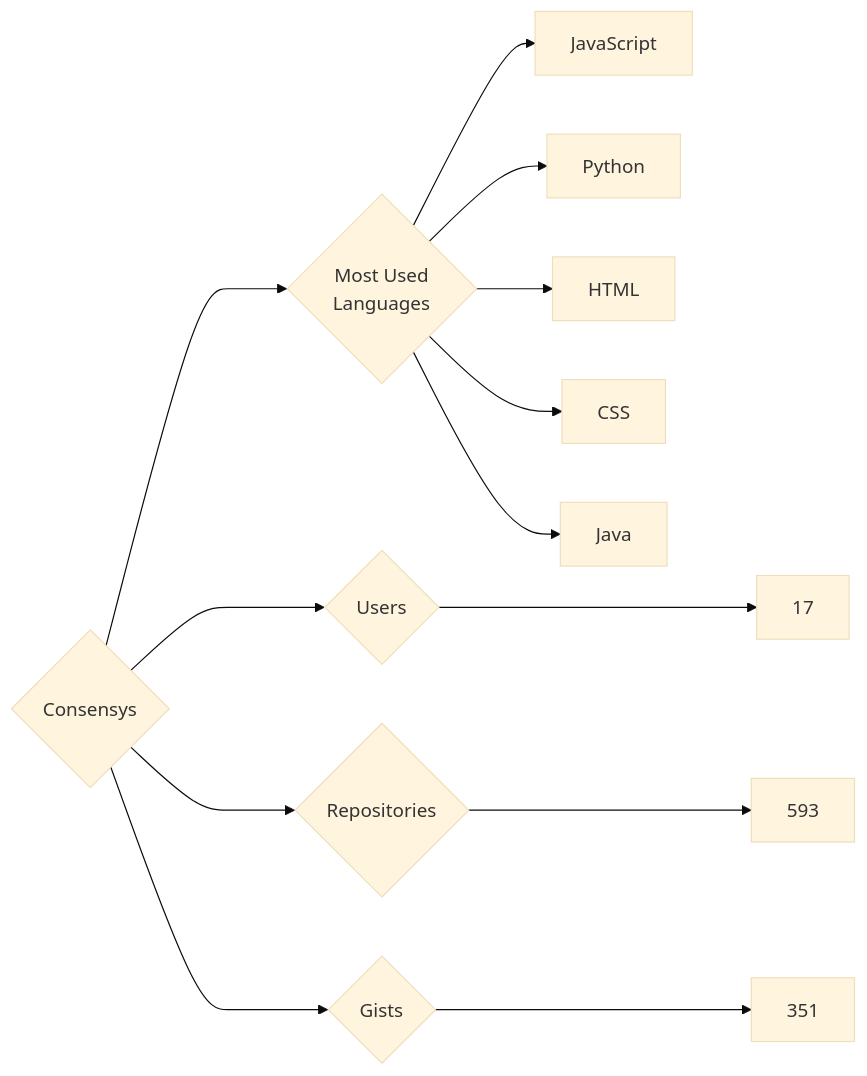
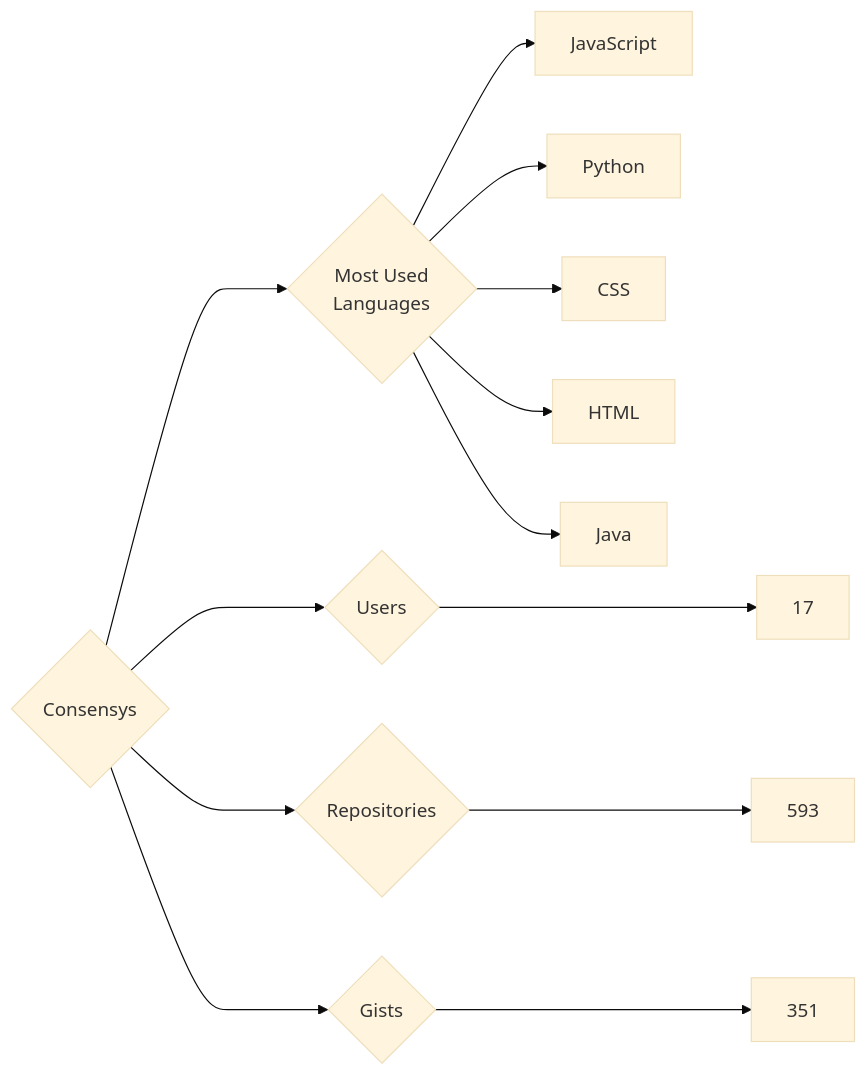
Before and after one commit to trickest/insiders: the diagram in targets/Consensys/README.md, drawn with Mermaid (base theme). The commit also changed other lines of this file and 657 other files, not shown here.

````diff
--- a/targets/Consensys/README.md
+++ b/targets/Consensys/README.md
@@ -3,13 +3,13 @@
 ```mermaid
 graph LR
 COMPANY_NAME{Consensys}
 COMPANY_NAME ---> U{Users} ---> UN[17]
 COMPANY_NAME ---> R{Repositories} ---> RN[593]
 COMPANY_NAME ---> G{Gists} ---> GN[351]
 COMPANY_NAME ---> ML{Most Used<br>Languages}
 ML --> JavaScript[JavaScript]
 ML --> Python[Python]
+ML --> CSS[CSS]
 ML --> HTML[HTML]
-ML --> CSS[CSS]
 ML --> Java[Java]
 ```
````
